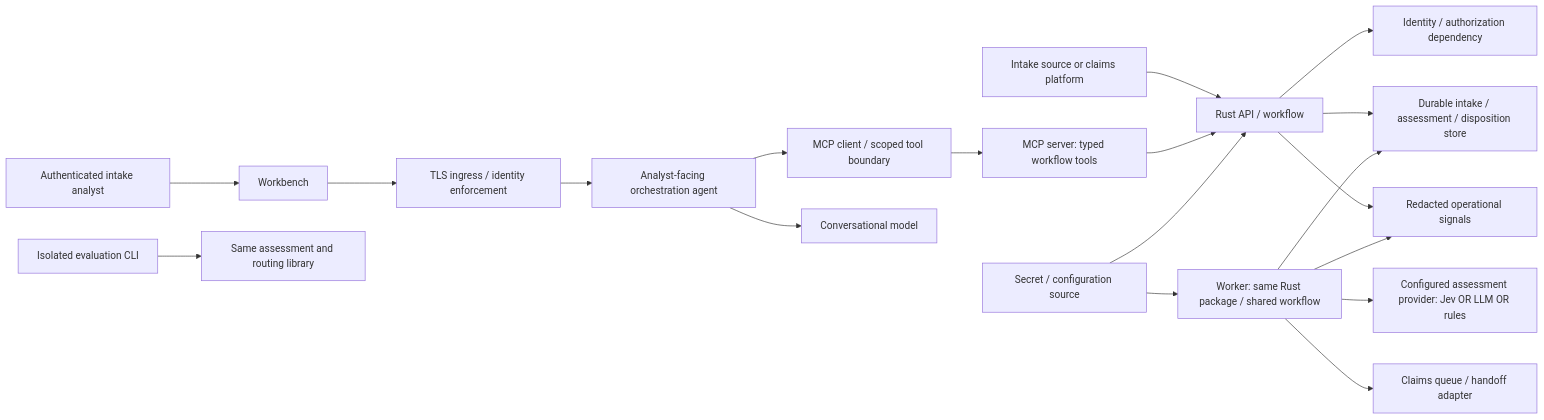
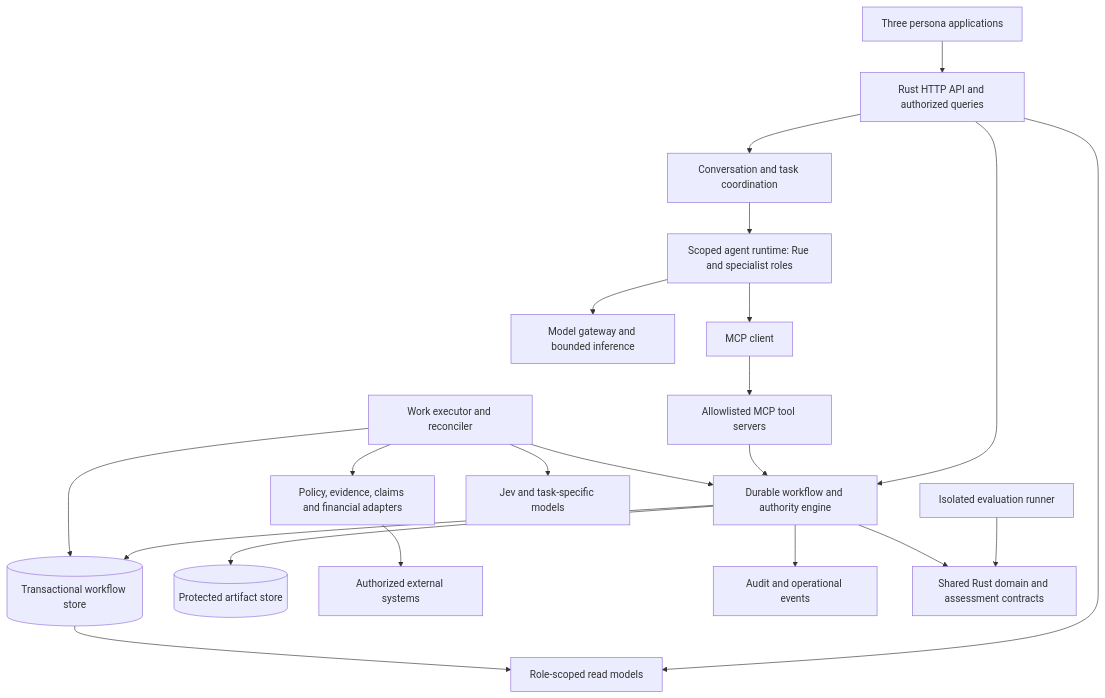
The second of 6 diagrams in docs/system-design.md (niksacdev/jev-sample), drawn with Mermaid before and after one commit. The commit also changed other lines of this file and 1 other file, not shown here.

First line of the commit message:
Rewrite Reassure design as coherent full-claims system architecture

````diff
--- a/docs/system-design.md
+++ b/docs/system-design.md
@@ -78,21 +82,23 @@
 ```mermaid
-flowchart LR
-    Analyst[Authenticated intake analyst] --> UI[Workbench]
-    Source[Intake source or claims platform] --> API[Rust API / workflow]
-    UI --> Edge[TLS ingress / identity enforcement]
-    Edge --> Agent[Analyst-facing orchestration agent]
-    Agent --> MCP[MCP client / scoped tool boundary]
-    MCP --> Tools[MCP server: typed workflow tools]
-    Tools --> API
-    Agent --> ChatModel[Conversational model]
-    API --> Identity[Identity / authorization dependency]
-    API --> Store[Durable intake / assessment / disposition store]
-    Worker[Worker: same Rust package / shared workflow] --> Store
-    Worker --> Provider[Configured assessment provider: Jev OR LLM OR rules]
-    Worker --> Downstream[Claims queue / handoff adapter]
-    API --> Signals[Redacted operational signals]
-    Worker --> Signals
-    Secrets[Secret / configuration source] --> API
-    Secrets --> Worker
-    Eval[Isolated evaluation CLI] --> Shared[Same assessment and routing library]
+flowchart TB
+    UI[Three persona applications] --> API[Rust HTTP API and authorized queries]
+    API --> WF[Durable workflow and authority engine]
+    API --> Session[Conversation and task coordination]
+    Session --> Agents[Scoped agent runtime: Rue and specialist roles]
+    Agents --> LLM[Model gateway and bounded inference]
+    Agents --> MCP[MCP client]
+    MCP --> Tools[Allowlisted MCP tool servers]
+    Tools --> WF
+    WF --> DB[(Transactional workflow store)]
+    WF --> Artifacts[(Protected artifact store)]
+    Worker[Work executor and reconciler] --> DB
+    Worker --> WF
+    Worker --> Adapters[Policy, evidence, claims and financial adapters]
+    Adapters --> External[Authorized external systems]
+    API --> Views[Role-scoped read models]
+    DB --> Views
+    Worker --> Models[Jev and task-specific models]
+    WF --> Audit[Audit and operational events]
+    Eval[Isolated evaluation runner] --> Domain[Shared Rust domain and assessment contracts]
+    WF --> Domain
 ```
````
